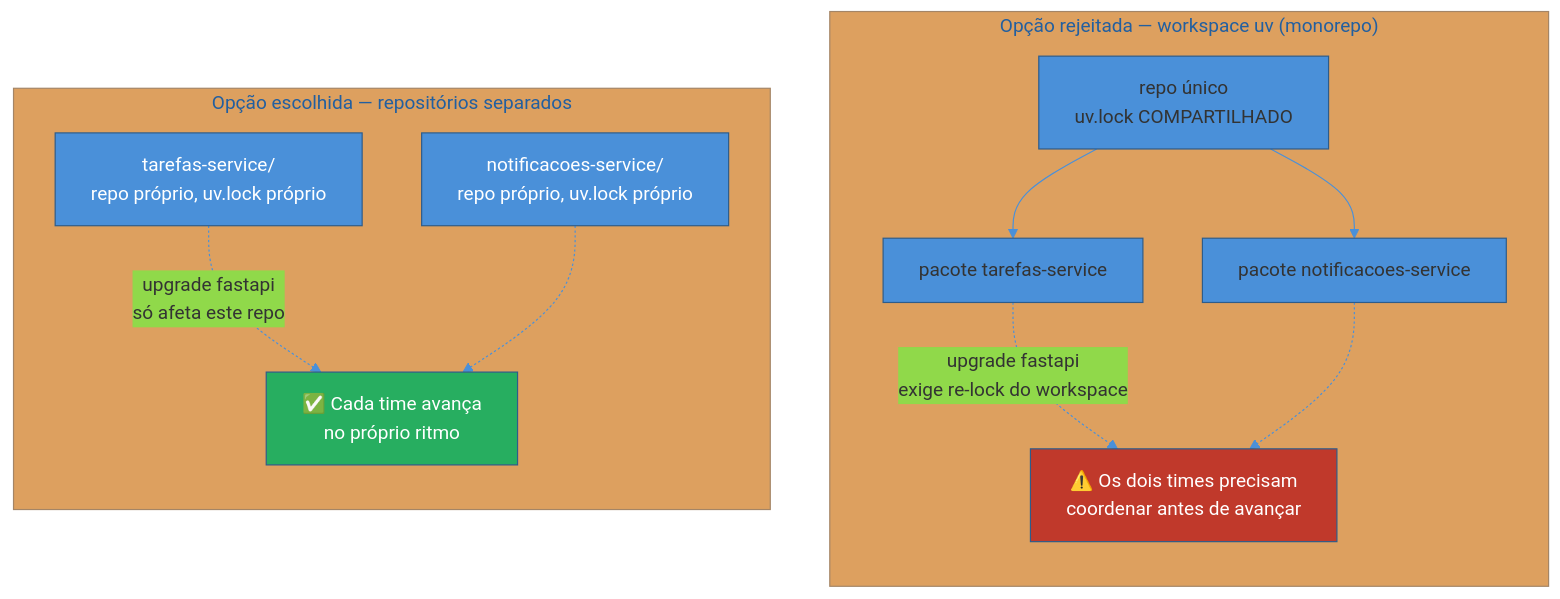
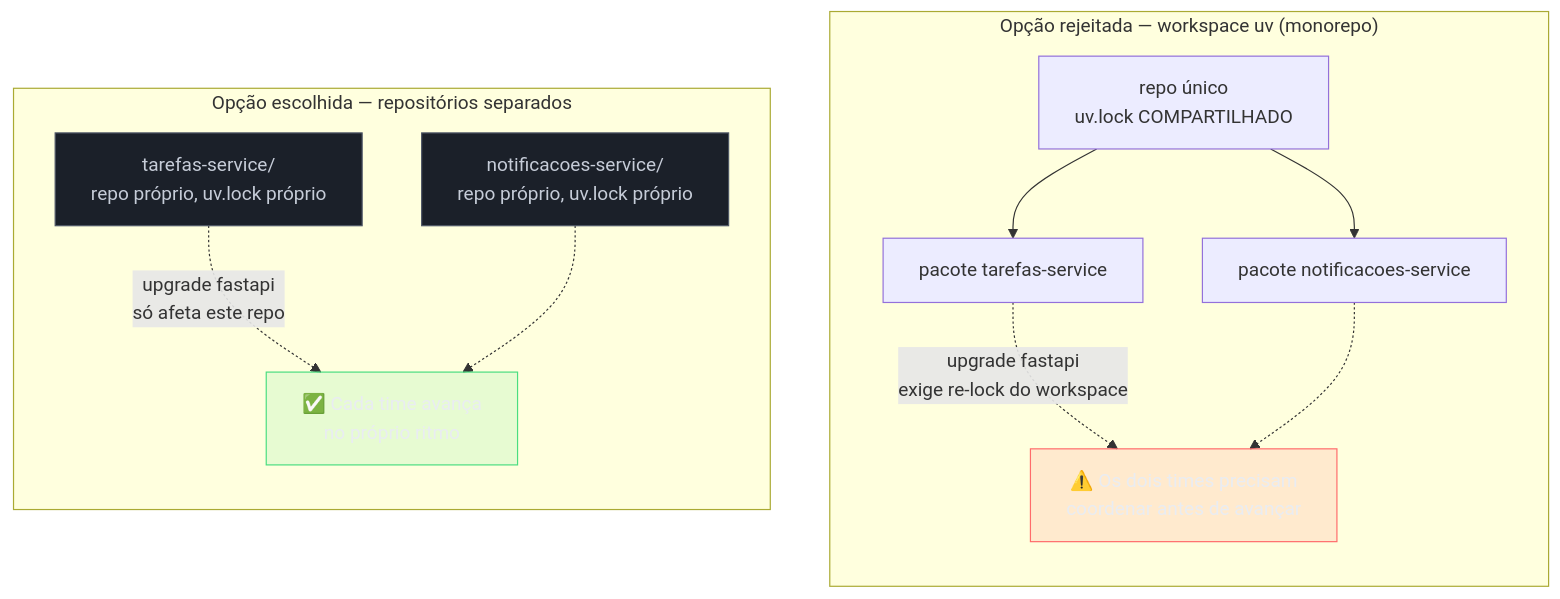
One commit to josenaldo/codex-technomanticus changed the third of 4 diagrams in 03-Dominios/Tecnologia/Python/Build e tooling/08 - Capstone — tooling consistente nos dois serviços.md. Above: the diagram before and after it, drawn with Mermaid. The commit also changed other lines of this file and 1181 other files, not shown here.

First line of the commit message:
fix(diagramas): paleta do sistema no lugar de cor cravada no markdown

````diff
--- a/03-Dominios/Tecnologia/Python/Build e tooling/08 - Capstone — tooling consistente nos dois serviços.md
+++ b/03-Dominios/Tecnologia/Python/Build e tooling/08 - Capstone — tooling consistente nos dois serviços.md
@@ -301,27 +303,29 @@
 ```mermaid
-%%{init: {"theme": "base", "themeVariables": {"primaryColor": "#4A90D9", "primaryBorderColor": "#2E5C8A", "lineColor": "#4A90D9"}}}%%
 flowchart TB
+    classDef falha fill:#FF6B6B24,stroke:#FF6B6B,color:#E9ECF2
+    classDef ok fill:#4ADE8021,stroke:#4ADE80,color:#E9ECF2
+    classDef neutro fill:#1B2029,stroke:#4E5666,color:#C6CCD8
     subgraph WS["Opção rejeitada — workspace uv (monorepo)"]
         direction TB
         WSRoot["repo único<br/>uv.lock COMPARTILHADO"]
         WST["pacote tarefas-service"]
         WSN["pacote notificacoes-service"]
         WSRoot --> WST
         WSRoot --> WSN
         WST -.->|"upgrade fastapi<br/>exige re-lock do workspace"| Bloqueio["⚠️ Os dois times precisam<br/>coordenar antes de avançar"]
         WSN -.-> Bloqueio
     end
 
     subgraph Sep["Opção escolhida — repositórios separados"]
         direction TB
         RT["tarefas-service/<br/>repo próprio, uv.lock próprio"]
         RN["notificacoes-service/<br/>repo próprio, uv.lock próprio"]
         RT -.->|"upgrade fastapi<br/>só afeta este repo"| Livre["✅ Cada time avança<br/>no próprio ritmo"]
         RN -.-> Livre
     end
 
-    style Bloqueio fill:#c0392b,color:#fff
-    style Livre fill:#27ae60,color:#fff
-    style RT fill:#4A90D9,color:#fff
-    style RN fill:#4A90D9,color:#fff
+    class Bloqueio falha
+    class Livre ok
+    class RT neutro
+    class RN neutro
 ```
````
